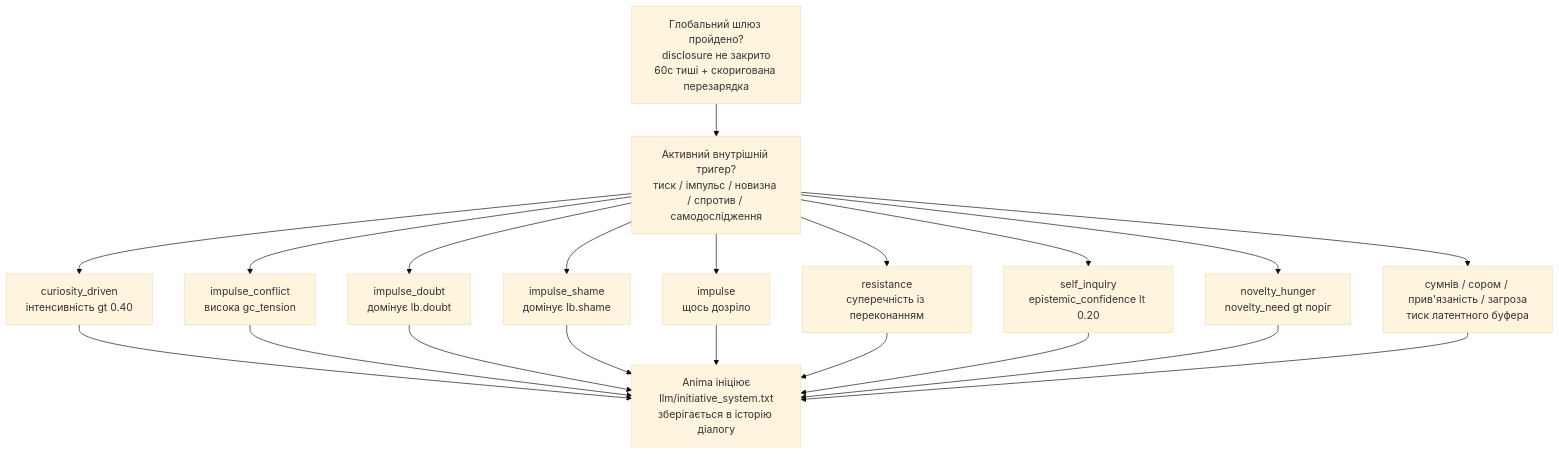
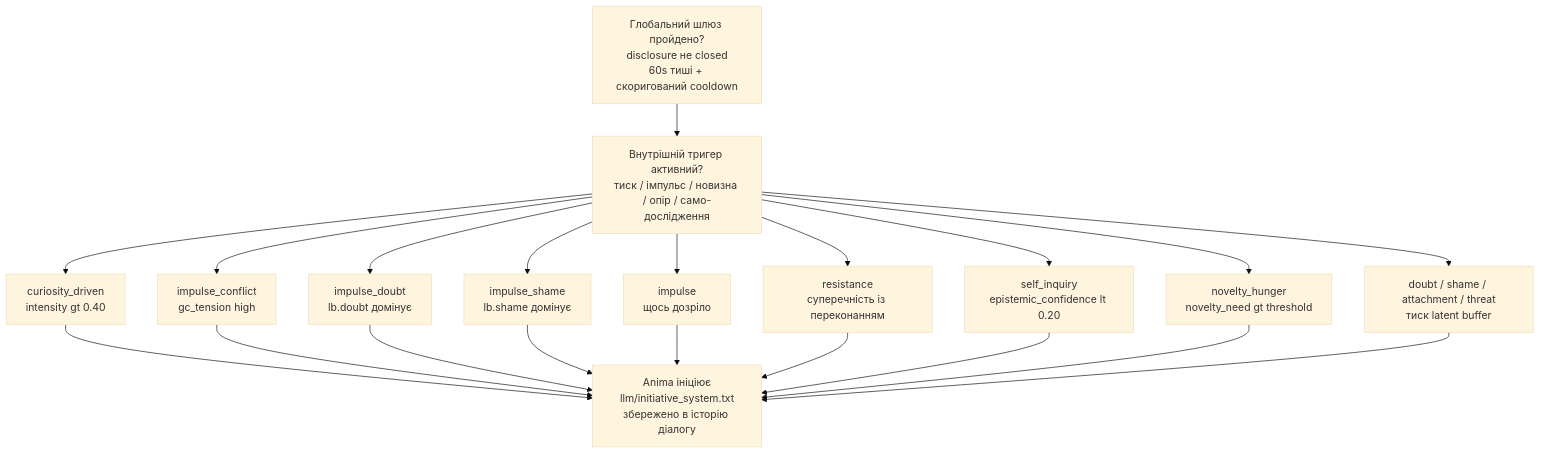
Before and after one commit to stell2026/Anima: the second of 2 diagrams in README_UA.md, drawn with Mermaid (base theme). The commit also changed other lines of this file, not shown here.

````diff
--- a/README_UA.md
+++ b/README_UA.md
@@ -295,16 +310,16 @@
 ```mermaid
 flowchart TD
-    CHK["Глобальний шлюз пройдено?<br/>disclosure не закрито<br/>60с тиші + скоригована перезарядка"]
-    TRG["Активний внутрішній тригер?<br/>тиск / імпульс / новизна / спротив / самодослідження"]
+    CHK["Глобальний шлюз пройдено?<br/>disclosure не closed<br/>60s тиші + скоригований cooldown"]
+    TRG["Внутрішній тригер активний?<br/>тиск / імпульс / новизна / опір / само-дослідження"]
     CHK --> TRG
-    TRG --> D1["curiosity_driven<br/>інтенсивність gt 0.40"]
-    TRG --> D2["impulse_conflict<br/>висока gc_tension"]
-    TRG --> D3["impulse_doubt<br/>домінує lb.doubt"]
-    TRG --> D4["impulse_shame<br/>домінує lb.shame"]
+    TRG --> D1["curiosity_driven<br/>intensity gt 0.40"]
+    TRG --> D2["impulse_conflict<br/>gc_tension high"]
+    TRG --> D3["impulse_doubt<br/>lb.doubt домінує"]
+    TRG --> D4["impulse_shame<br/>lb.shame домінує"]
     TRG --> D5["impulse<br/>щось дозріло"]
     TRG --> D6["resistance<br/>суперечність із переконанням"]
     TRG --> D7["self_inquiry<br/>epistemic_confidence lt 0.20"]
-    TRG --> D8["novelty_hunger<br/>novelty_need gt поріг"]
-    TRG --> D9["сумнів / сором / прив'язаність / загроза<br/>тиск латентного буфера"]
-    D1 & D2 & D3 & D4 & D5 & D6 & D7 & D8 & D9 --> OUT["Anima ініціює<br/>llm/initiative_system.txt<br/>зберігається в історію діалогу"]
+    TRG --> D8["novelty_hunger<br/>novelty_need gt threshold"]
+    TRG --> D9["doubt / shame / attachment / threat<br/>тиск latent buffer"]
+    D1 & D2 & D3 & D4 & D5 & D6 & D7 & D8 & D9 --> OUT["Anima ініціює<br/>llm/initiative_system.txt<br/>збережено в історію діалогу"]
 ```
````
